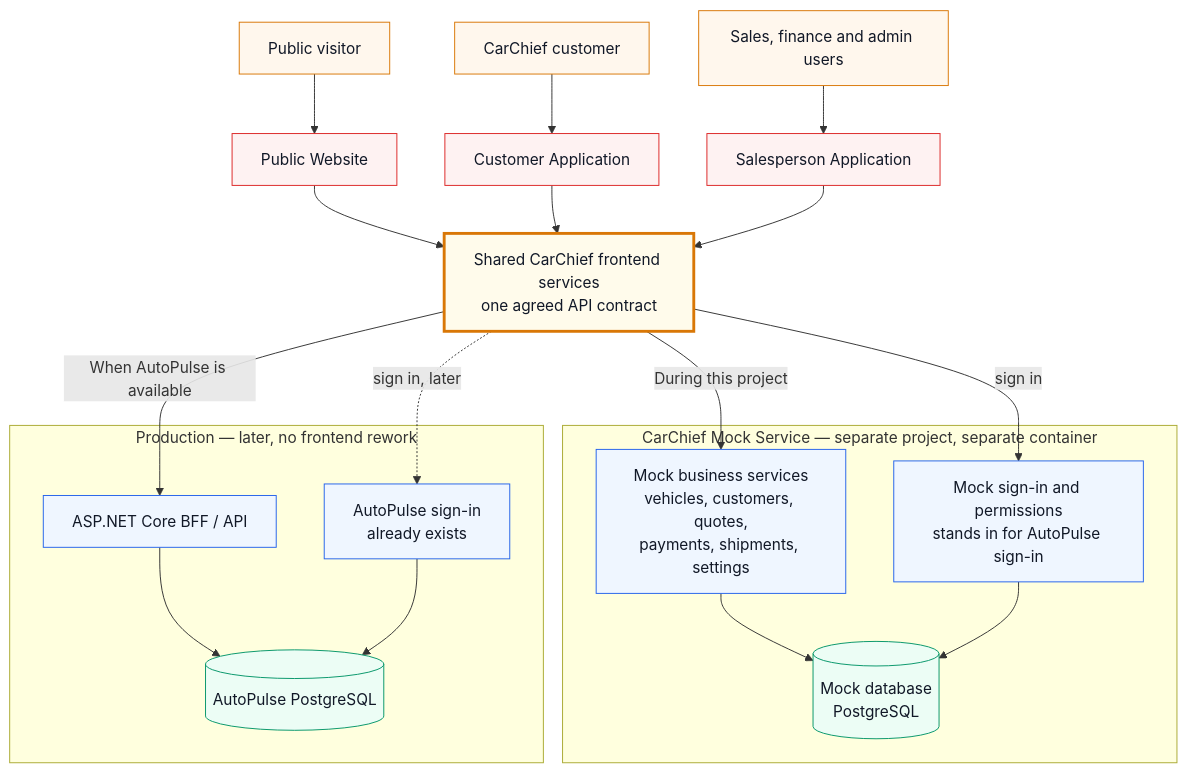
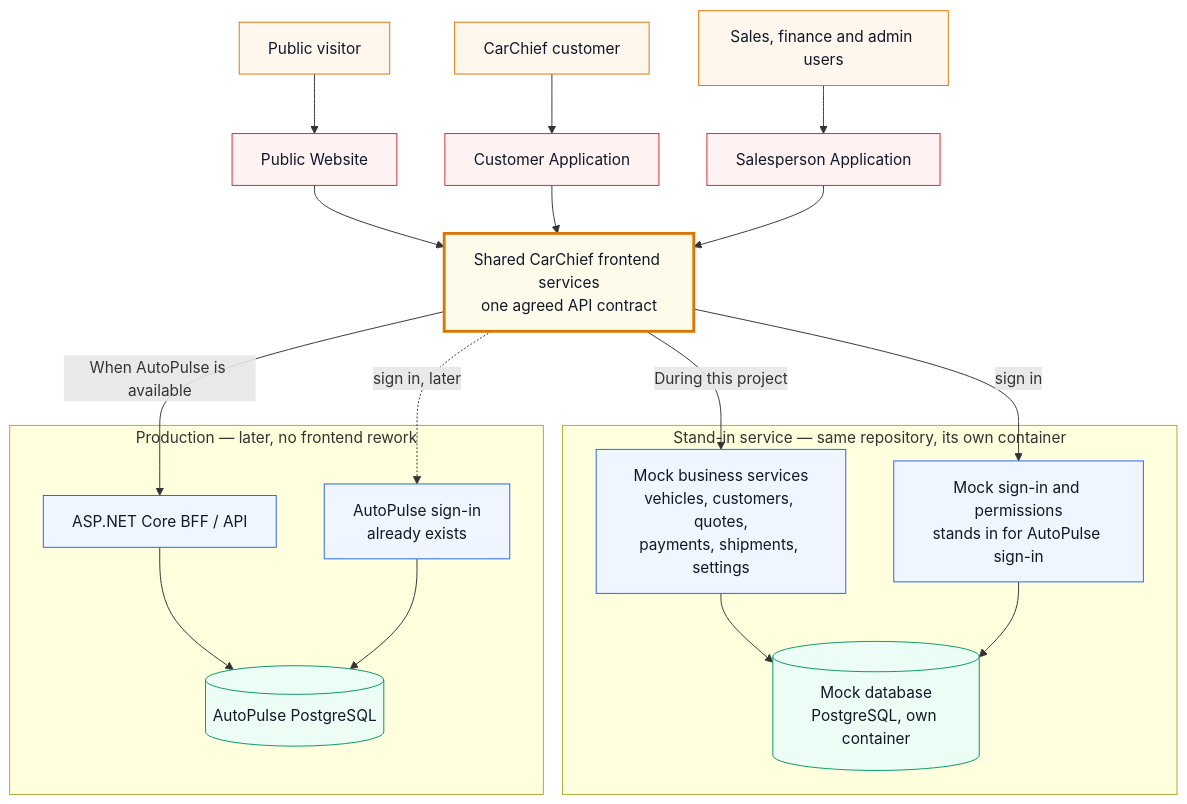
Before and after one commit to charithwellage/customerpanel: the first of 5 diagrams in docs/CarChief-Frontend-Implementation-Roadmap.md, drawn with Mermaid. The commit also changed other lines of this file and 5 other files, not shown here.

Commit message:
Added frontend architecture and requirement document

````diff
--- a/docs/CarChief-Frontend-Implementation-Roadmap.md
+++ b/docs/CarChief-Frontend-Implementation-Roadmap.md
@@ -176,44 +176,44 @@
 ```mermaid
 flowchart TB
     Visitor[Public visitor] --> Public[Public Website]
     Customer[CarChief customer] --> CustomerApp[Customer Application]
     Team[Sales, finance and admin users] --> SalesApp[Salesperson Application]
 
     Public --> Frontend["Shared CarChief frontend services<br/>one agreed API contract"]
     CustomerApp --> Frontend
     SalesApp --> Frontend
 
     Frontend -->|"During this project"| MockAPI
     Frontend -->|"When AutoPulse is available"| BFF
 
-    subgraph MockProject["CarChief Mock Service — separate project, separate container"]
+    subgraph MockProject["Stand-in service — same repository, its own container"]
         MockAuth["Mock sign-in and permissions<br/>stands in for AutoPulse sign-in"]
         MockAPI["Mock business services<br/>vehicles, customers, quotes,<br/>payments, shipments, settings"]
-        MockDB[("Mock database<br/>PostgreSQL")]
+        MockDB[("Mock database<br/>PostgreSQL, own container")]
         MockAPI --> MockDB
         MockAuth --> MockDB
     end
 
     Frontend -->|"sign in"| MockAuth
 
     subgraph Production["Production — later, no frontend rework"]
         BFF["ASP.NET Core BFF / API"]
         RealAuth["AutoPulse sign-in<br/>already exists"]
         AutoPulse[("AutoPulse PostgreSQL")]
         BFF --> AutoPulse
         RealAuth --> AutoPulse
     end
 
     Frontend -.->|"sign in, later"| RealAuth
 
     classDef person fill:#fff7ed,stroke:#d97706,color:#111827
     classDef app fill:#fef2f2,stroke:#dc2626,color:#111827
     classDef contract fill:#fffbeb,stroke:#d97706,color:#111827,stroke-width:3px
     classDef service fill:#eff6ff,stroke:#2563eb,color:#111827
     classDef data fill:#ecfdf5,stroke:#059669,color:#111827
     class Visitor,Customer,Team person
     class Public,CustomerApp,SalesApp app
     class Frontend contract
     class MockAPI,MockAuth,BFF,RealAuth service
     class MockDB,AutoPulse data
 ```
````
